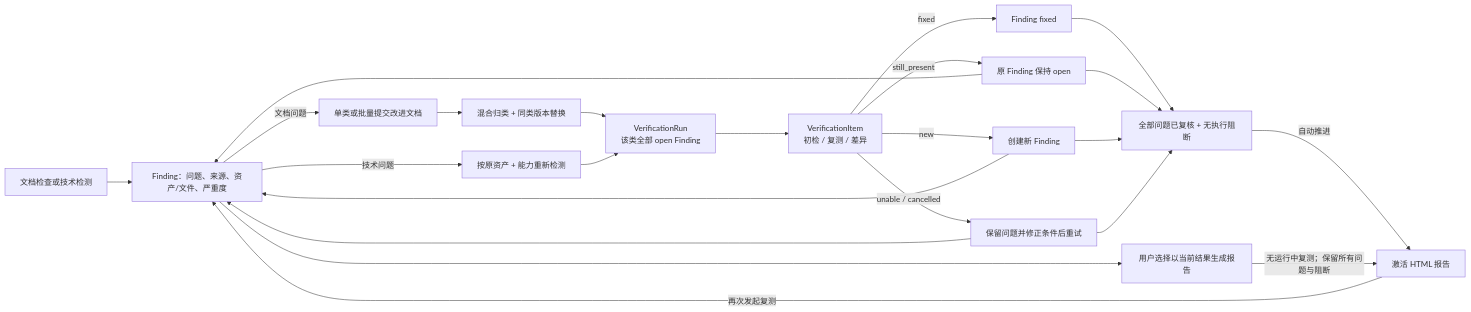
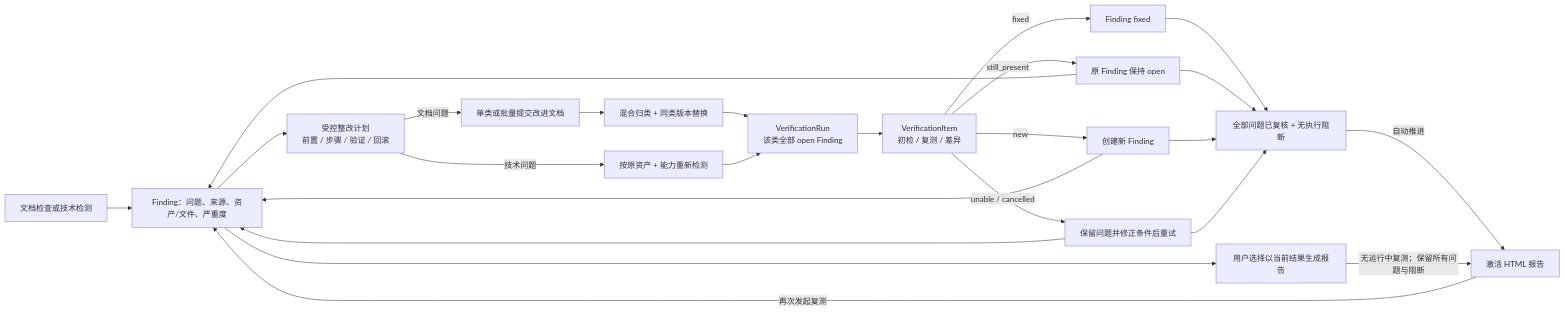
Before and after one commit to asxzsa558/CertiProof: diagram 11 of 14 in .opencode/plans/ARCHITECTURE.md, drawn with Mermaid. The commit also changed other lines of this file and 59 other files, not shown here.

````diff
--- a/.opencode/plans/ARCHITECTURE.md
+++ b/.opencode/plans/ARCHITECTURE.md
@@ -956,25 +965,26 @@
 ```mermaid
 flowchart LR
   SOURCE["文档检查或技术检测"] --> FINDING["Finding：问题、来源、资产/文件、严重度"]
-  FINDING -->|"文档问题"| DOC["单类或批量提交改进文档"]
-  DOC --> CLASSIFY["混合归类 + 同类版本替换"]
-  FINDING -->|"技术问题"| TECH["按原资产 + 能力重新检测"]
+  DOC["单类或批量提交改进文档"] --> CLASSIFY["混合归类 + 同类版本替换"]
+  FINDING --> GUIDE["受控整改计划<br/>前置 / 步骤 / 验证 / 回滚"]
+  GUIDE -->|"技术问题"| TECH["按原资产 + 能力重新检测"]
+  GUIDE -->|"文档问题"| DOC
   CLASSIFY --> RUN["VerificationRun<br/>该类全部 open Finding"]
   TECH --> RUN
   RUN --> ITEM["VerificationItem<br/>初检 / 复测 / 差异"]
   ITEM -->|"fixed"| RESOLVED["Finding fixed"]
   ITEM -->|"still_present"| EXISTS["原 Finding 保持 open"]
   ITEM -->|"new"| NEW["创建新 Finding"]
   ITEM -->|"unable / cancelled"| UNABLE["保留问题并修正条件后重试"]
   EXISTS --> FINDING
   NEW --> FINDING
   UNABLE --> FINDING
   RESOLVED --> AUTO["全部问题已复核 + 无执行阻断"]
   EXISTS --> AUTO
   NEW --> AUTO
   UNABLE --> AUTO
   AUTO -->|"自动推进"| REPORT["激活 HTML 报告"]
   FINDING --> SNAPSHOT["用户选择以当前结果生成报告"]
   SNAPSHOT -->|"无运行中复测；保留所有问题与阻断"| REPORT
   REPORT -->|"再次发起复测"| FINDING
 ```
````
